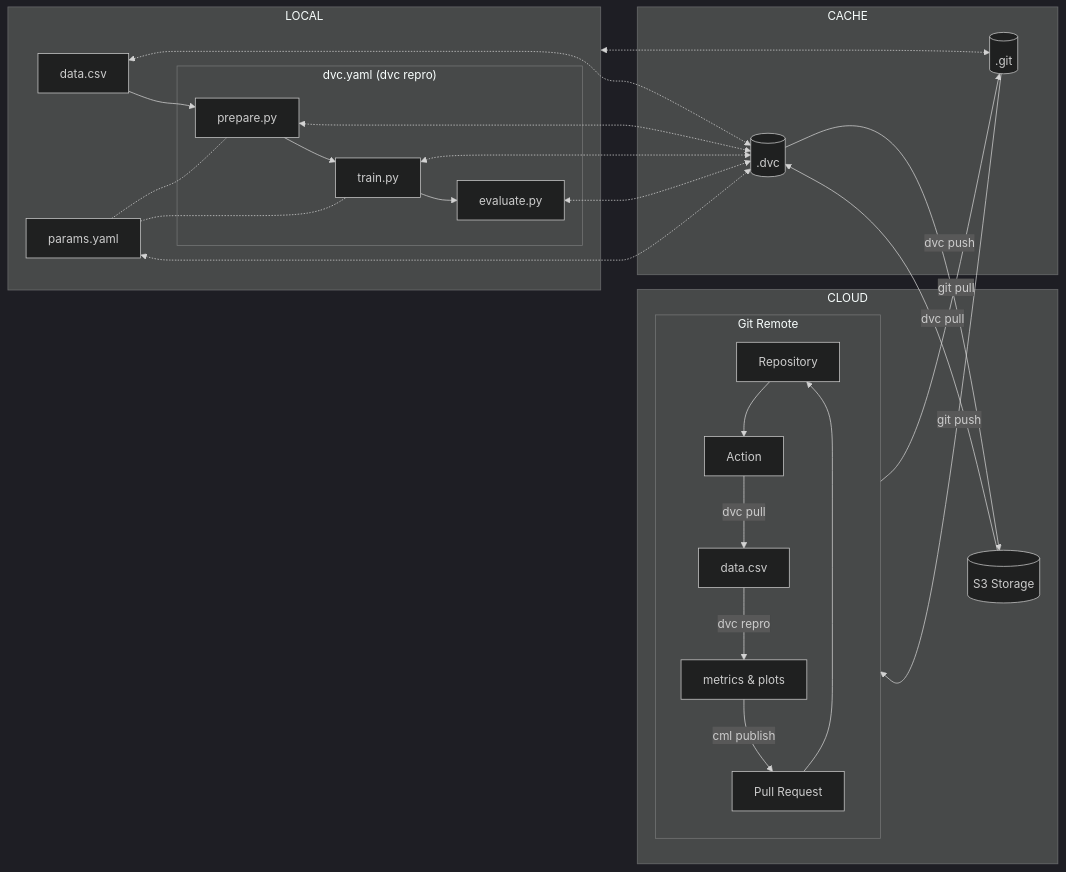
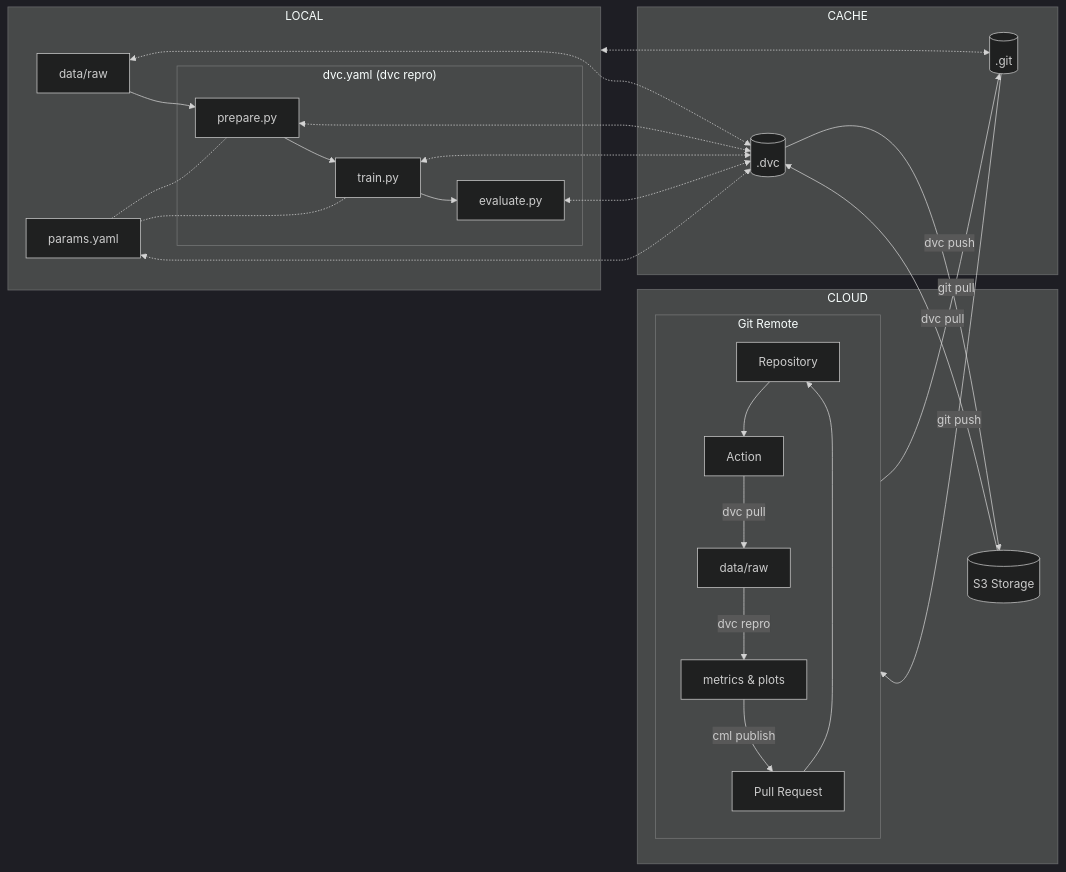
The diagram in docs/part-2-move-to-the-cloud/conclusion.md (swiss-ai-center/a-guide-to-mlops), drawn with Mermaid (dark theme) before and after one commit. The commit also changed 6 other files, not shown here.

Commit message:
Refactor mermaid data name

````diff
--- a/docs/part-2-move-to-the-cloud/conclusion.md
+++ b/docs/part-2-move-to-the-cloud/conclusion.md
@@ -7,36 +7,36 @@
 ```mermaid
 flowchart LR
 	dot_dvc[(.dvc)] -->|dvc push| s3_storage[(S3 Storage)]
 	s3_storage -->|dvc pull| dot_dvc
 	dot_git[(.git)] -->|git push| gitGraph[Git Remote]
 	gitGraph -->|git pull| dot_git
     localGraph <-....-> dot_git
-	data[data.csv] <-.-> dot_dvc
+	data[data/raw] <-.-> dot_dvc
     subgraph cloudGraph[CLOUD]
         s3_storage
         subgraph gitGraph[Git Remote]
             repository[Repository] --> action[Action]
-            action -->|dvc pull| action_data[data.csv]
+            action -->|dvc pull| action_data[data/raw]
             action_data -->|dvc repro| action_out[metrics & plots]
             action_out -->|cml publish| pr[Pull Request]
             pr --> repository
         end
 	end
 	subgraph cacheGraph[CACHE]
 		dot_dvc
 		dot_git
 	end
 	subgraph localGraph[LOCAL]
 		prepare[prepare.py] <-.-> dot_dvc
 		train[train.py] <-.-> dot_dvc
 		evaluate[evaluate.py] <-.-> dot_dvc
 		data --> prepare
 		subgraph dvcGraph["dvc.yaml (dvc repro)"]
 			prepare --> train
 			train --> evaluate
 		end
         params[params.yaml] -.- prepare
         params -.- train
         params <-.-> dot_dvc
 	end
 ```
````
